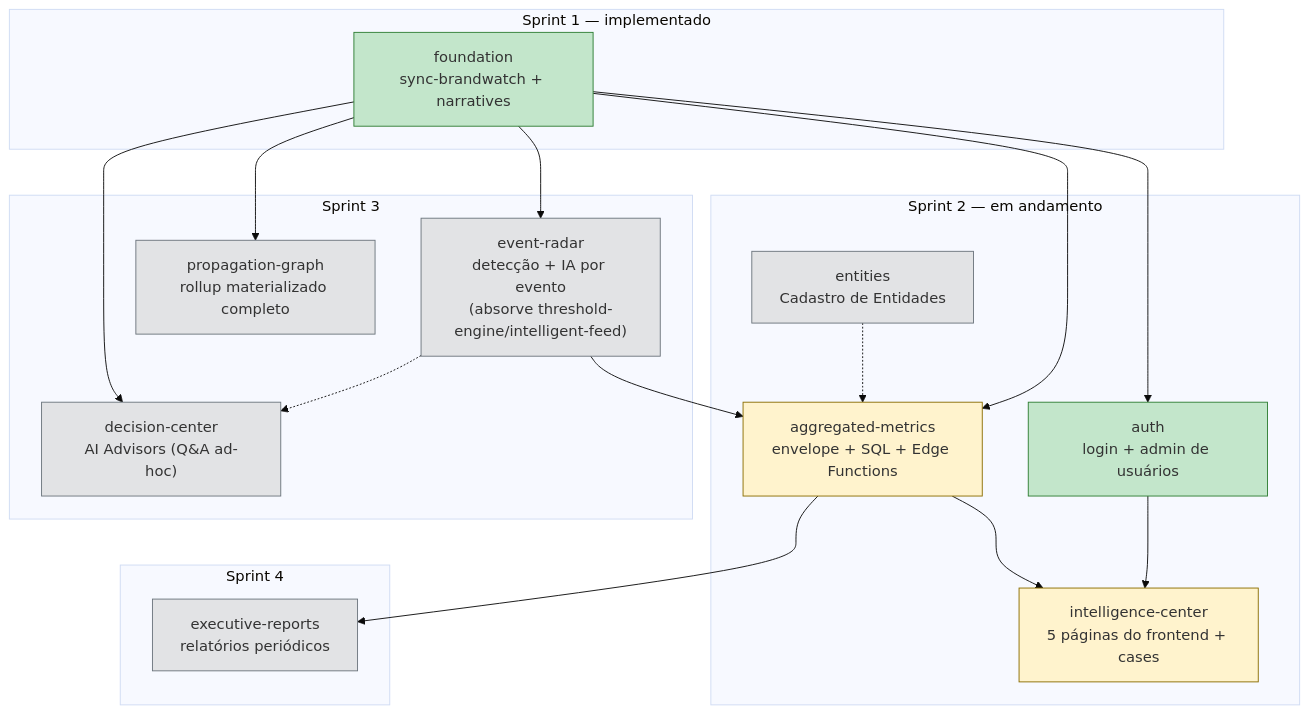
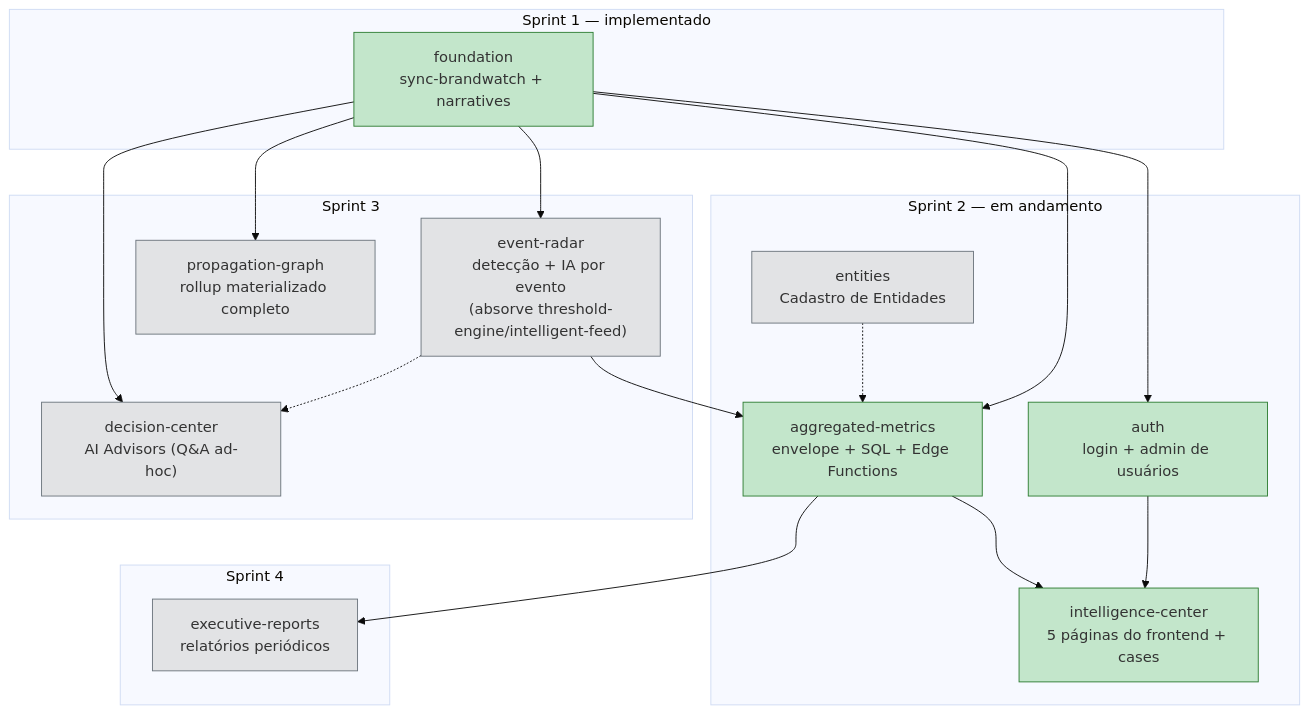
The diagram in .dev/specs/_architecture.md (reputationcustom/dev-reputation), drawn with Mermaid (base theme) before and after one commit. The commit also changed other lines of this file and 25 other files, not shown here.

````diff
--- a/.dev/specs/_architecture.md
+++ b/.dev/specs/_architecture.md
@@ -20,48 +20,48 @@
 ```mermaid
 graph TD
     subgraph SPRINT1["Sprint 1 — implementado"]
         FOUNDATION["foundation<br/>sync-brandwatch + narratives"]
     end
 
     subgraph SPRINT2["Sprint 2 — em andamento"]
         AUTH["auth<br/>login + admin de usuários"]
         AGGMETRICS["aggregated-metrics<br/>envelope + SQL + Edge Functions"]
         INTEL["intelligence-center<br/>5 páginas do frontend + cases"]
         ENTITIES["entities<br/>Cadastro de Entidades"]
     end
 
     subgraph SPRINT3["Sprint 3"]
         EVENTRADAR["event-radar<br/>detecção + IA por evento<br/>(absorve threshold-engine/intelligent-feed)"]
         PROPGRAPH["propagation-graph<br/>rollup materializado completo"]
         DECISIONCENTER["decision-center<br/>AI Advisors (Q&A ad-hoc)"]
     end
 
     subgraph SPRINT4["Sprint 4"]
         REPORTS["executive-reports<br/>relatórios periódicos"]
     end
 
     FOUNDATION --> AUTH
     FOUNDATION --> AGGMETRICS
     FOUNDATION --> EVENTRADAR
     FOUNDATION --> PROPGRAPH
     FOUNDATION --> DECISIONCENTER
 
     AUTH --> INTEL
     AGGMETRICS --> INTEL
     ENTITIES -.-> AGGMETRICS
 
     EVENTRADAR --> AGGMETRICS
     EVENTRADAR -.-> DECISIONCENTER
 
     AGGMETRICS --> REPORTS
 
     style FOUNDATION fill:#c3e6cb,stroke:#2e7d32
     style AUTH fill:#c3e6cb,stroke:#2e7d32
-    style AGGMETRICS fill:#fff3cd,stroke:#8a6d00
-    style INTEL fill:#fff3cd,stroke:#8a6d00
+    style AGGMETRICS fill:#c3e6cb,stroke:#2e7d32
+    style INTEL fill:#c3e6cb,stroke:#2e7d32
     style ENTITIES fill:#e2e3e5,stroke:#6c757d
     style EVENTRADAR fill:#e2e3e5,stroke:#6c757d
     style PROPGRAPH fill:#e2e3e5,stroke:#6c757d
     style DECISIONCENTER fill:#e2e3e5,stroke:#6c757d
     style REPORTS fill:#e2e3e5,stroke:#6c757d
 ```
````
